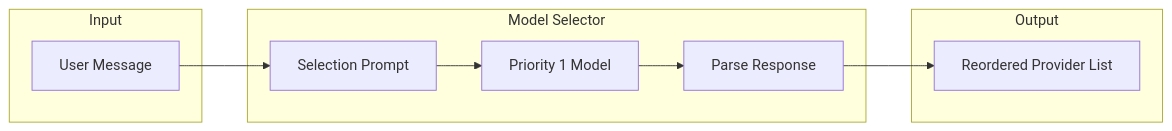
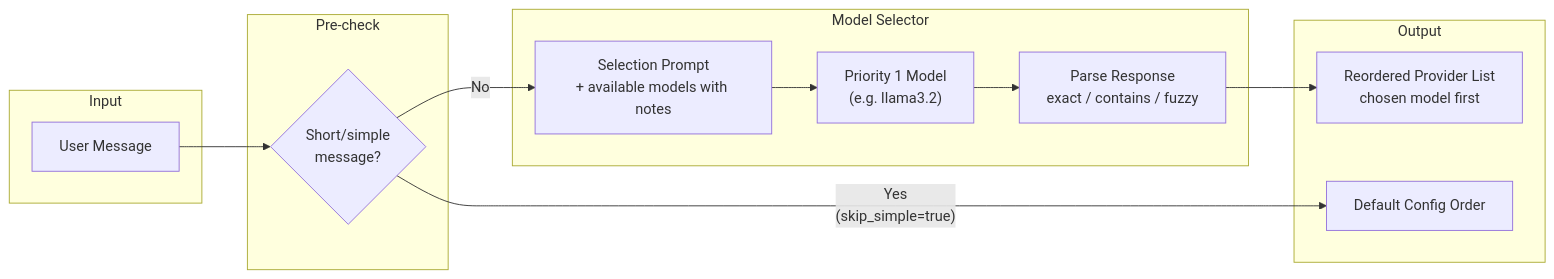
One commit to StevenGann/Gregory changed the third of 7 diagrams in docs/ARCHITECTURE.md. Above: the diagram before and after it, drawn with Mermaid. The commit also changed other lines of this file and 10 other files, not shown here.

````diff
--- a/docs/ARCHITECTURE.md
+++ b/docs/ARCHITECTURE.md
@@ -113,21 +140,28 @@
 ```mermaid
 flowchart LR
     subgraph input [Input]
         Message[User Message]
     end
 
+    subgraph check [Pre-check]
+        Simple{Short/simple\nmessage?}
+    end
+
     subgraph selector [Model Selector]
-        Priority1[Priority 1 Model]
-        Prompt[Selection Prompt]
-        Parse[Parse Response]
+        Priority1["Priority 1 Model\n(e.g. llama3.2)"]
+        Prompt[Selection Prompt\n+ available models with notes]
+        Parse[Parse Response\nexact / contains / fuzzy]
     end
 
     subgraph output [Output]
-        Reordered[Reordered Provider List]
+        Reordered[Reordered Provider List\nchosen model first]
+        Default[Default Config Order]
     end
 
-    Message --> Prompt
+    Message --> Simple
+    Simple -->|"Yes\n(skip_simple=true)"| Default
+    Simple --> |No| Prompt
     Prompt --> Priority1
     Priority1 --> Parse
     Parse --> Reordered
 ```
````
